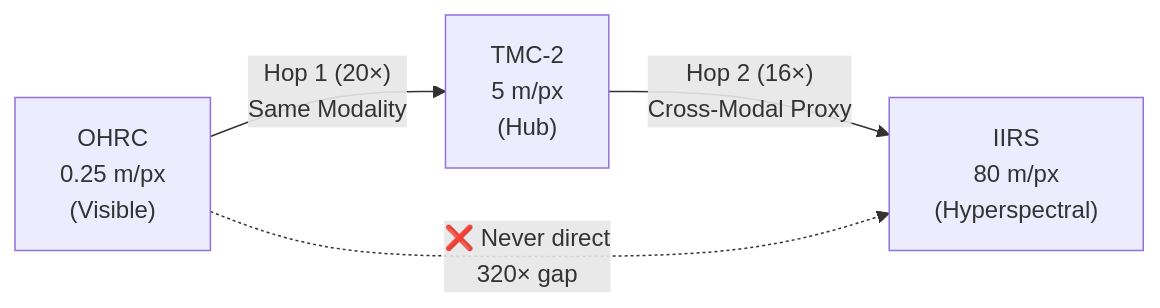
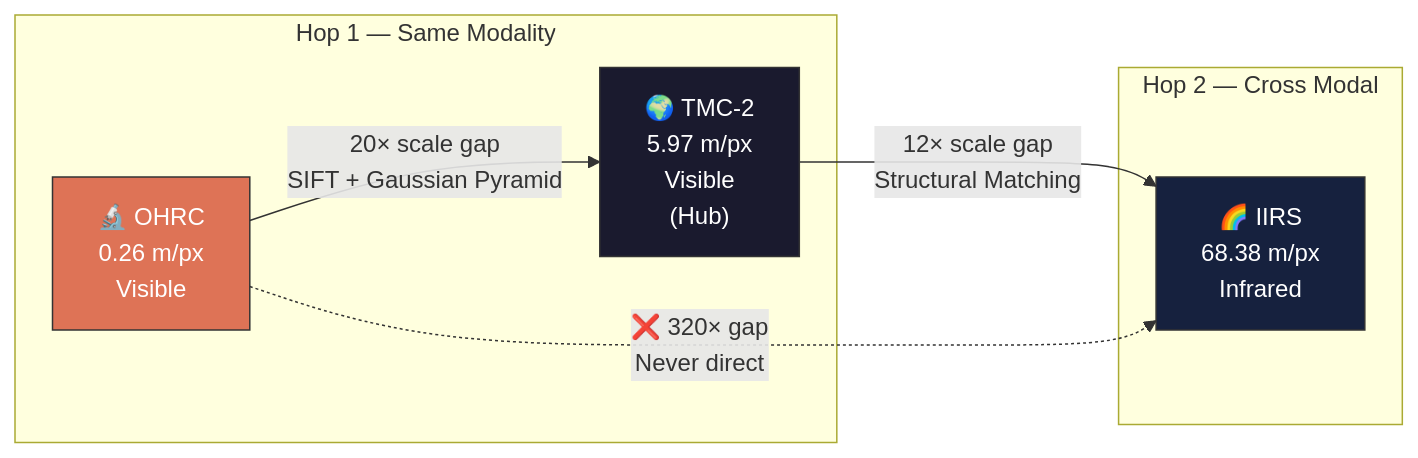
The first of 2 diagrams in README.md (bytes06runner/TriNetra), drawn with Mermaid before and after one commit. The commit also changed other lines of this file and 1 other file, not shown here.

Commit message:
README: Full professional documentation with system architecture, module deep-dives, real data results, and Mermaid diagrams

````diff
--- a/README.md
+++ b/README.md
@@ -24,6 +66,17 @@
 ```mermaid
 graph LR
-    OHRC["OHRC<br/>0.25 m/px<br/>(Visible)"] -->|"Hop 1 (20×)<br/>Same Modality"| TMC2["TMC-2<br/>5 m/px<br/>(Hub)"]
-    TMC2 -->|"Hop 2 (16×)<br/>Cross-Modal Proxy"| IIRS["IIRS<br/>80 m/px<br/>(Hyperspectral)"]
-    OHRC -.->|"❌ Never direct<br/>320× gap"| IIRS
+    subgraph "Hop 1 — Same Modality"
+        OHRC["🔬 OHRC<br/>0.26 m/px<br/>Visible"]
+        TMC2["🌍 TMC-2<br/>5.97 m/px<br/>Visible<br/>(Hub)"]
+        OHRC -->|"20× scale gap<br/>SIFT + Gaussian Pyramid"| TMC2
+    end
+    subgraph "Hop 2 — Cross Modal"
+        TMC2 -->|"12× scale gap<br/>Structural Matching"| IIRS
+        IIRS["🌈 IIRS<br/>68.38 m/px<br/>Infrared"]
+    end
+    OHRC -.->|"❌ 320× gap<br/>Never direct"| IIRS
+
+    style OHRC fill:#DE7356,color:#fff,stroke:#333
+    style TMC2 fill:#1a1a2e,color:#fff,stroke:#333
+    style IIRS fill:#16213e,color:#fff,stroke:#333
 ```
````
